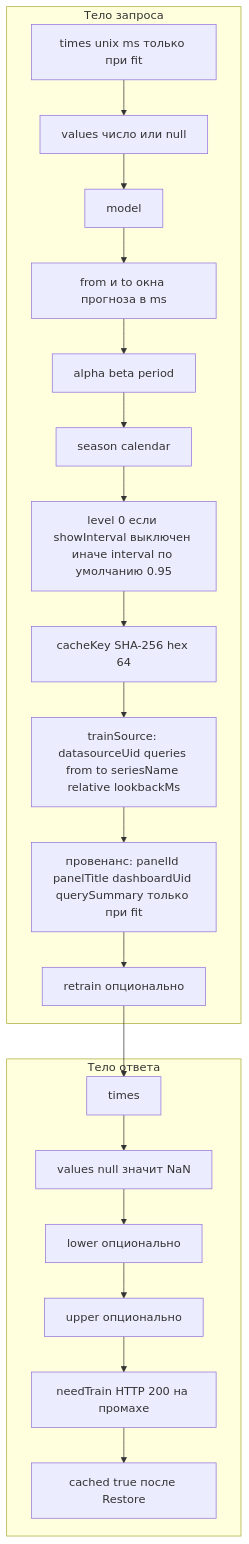
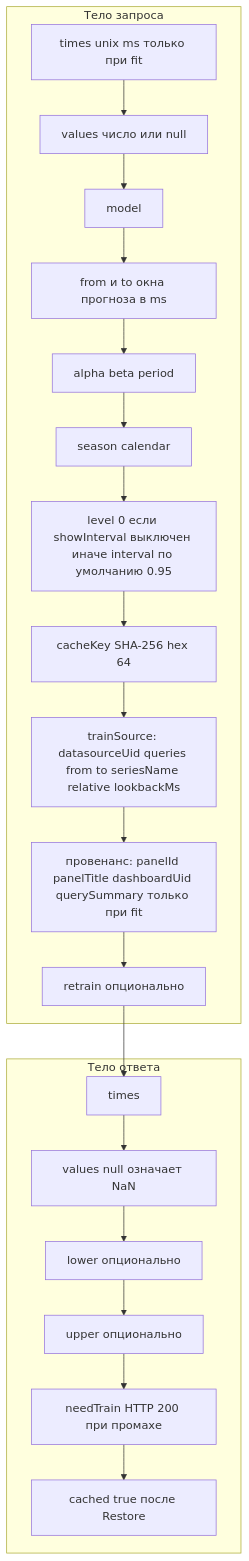
Before and after one commit to eduard-kolotushin/timeseries-grafana: the diagram in diagrams/08-request-response.md, drawn with Mermaid. The commit also changed other lines of this file and 14 other files, not shown here.

Commit message:
Update diagrams

````diff
--- a/diagrams/08-request-response.md
+++ b/diagrams/08-request-response.md
@@ -12,25 +12,25 @@
 ```mermaid
 flowchart TB
   subgraph req["Тело запроса"]
     T["times unix ms только при fit"] --> V["values число или null"]
     V --> M["model"]
     M --> W["from и to окна прогноза в ms"]
     W --> P["alpha beta period"]
     P --> S["season calendar"]
     S --> L["level 0 если showInterval выключен иначе interval по умолчанию 0.95"]
     L --> K["cacheKey SHA-256 hex 64"]
     K --> TS["trainSource: datasourceUid queries from to seriesName relative lookbackMs"]
     TS --> PR["провенанс: panelId panelTitle dashboardUid querySummary только при fit"]
     PR --> R["retrain опционально"]
   end
 
   subgraph resp["Тело ответа"]
-    OT["times"] --> OV["values null значит NaN"]
+    OT["times"] --> OV["values null означает NaN"]
     OV --> OL["lower опционально"]
     OL --> OU["upper опционально"]
-    OU --> NT["needTrain HTTP 200 на промахе"]
+    OU --> NT["needTrain HTTP 200 при промахе"]
     NT --> CH["cached true после Restore"]
   end
 
   R --> OT
 ```
````
